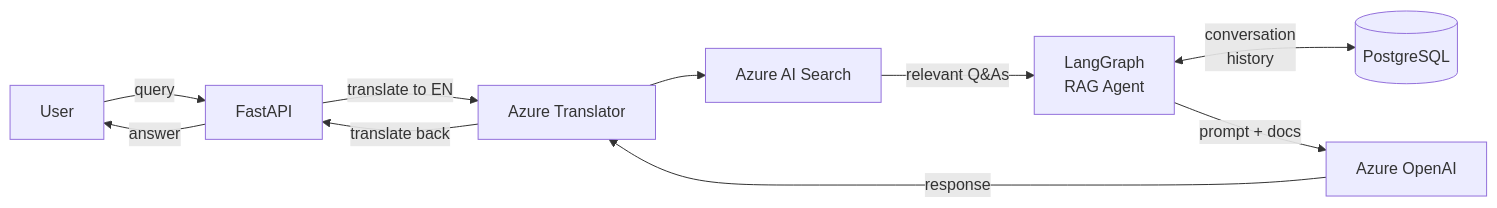
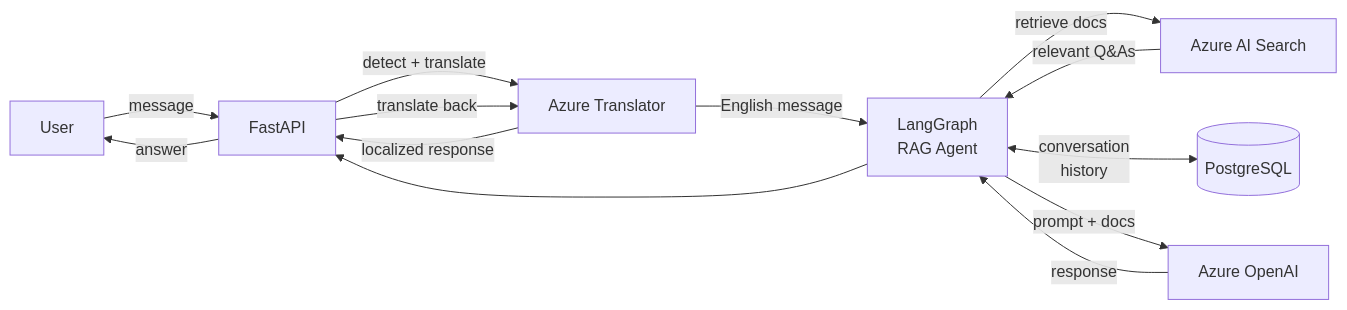
Before and after one commit to rodekruis/hia-search: the second of 2 diagrams in README.md, drawn with Mermaid. The commit also changed other lines of this file, not shown here.

````diff
--- a/README.md
+++ b/README.md
@@ -15,12 +30,15 @@
 ```mermaid
 flowchart LR
-    User -->|query| API[FastAPI]
-    API -->|translate to EN| Translator[Azure Translator]
-    Translator --> Search[Azure AI Search]
-    Search -->|relevant Q&As| Agent[LangGraph\nRAG Agent]
+    User -->|message| API[FastAPI]
+    API -->|detect + translate| T[Azure Translator]
+    T -->|English message| Agent[LangGraph\nRAG Agent]
+    Agent -->|retrieve docs| VS[Azure AI Search]
+    VS -->|relevant Q&As| Agent
     Agent <-->|conversation\nhistory| DB[(PostgreSQL)]
     Agent -->|prompt + docs| LLM[Azure OpenAI]
-    LLM -->|response| Translator
-    Translator -->|translate back| API
+    LLM -->|response| Agent
+    Agent --> API
+    API -->|translate back| T
+    T -->|localized response| API
     API -->|answer| User
 ```
````
